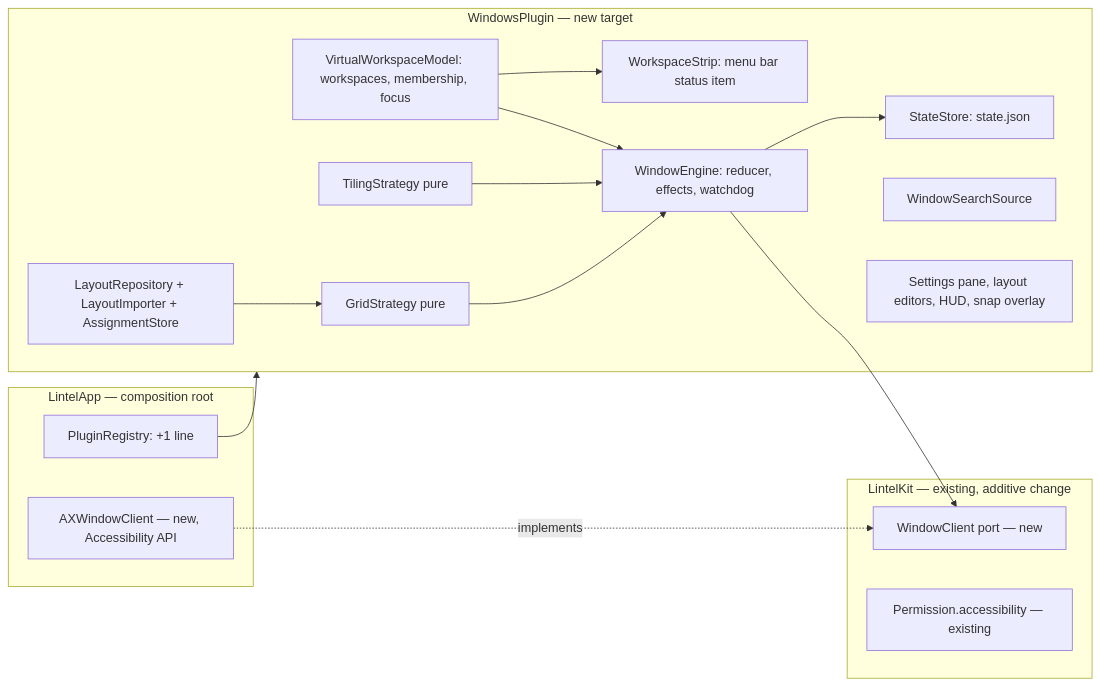
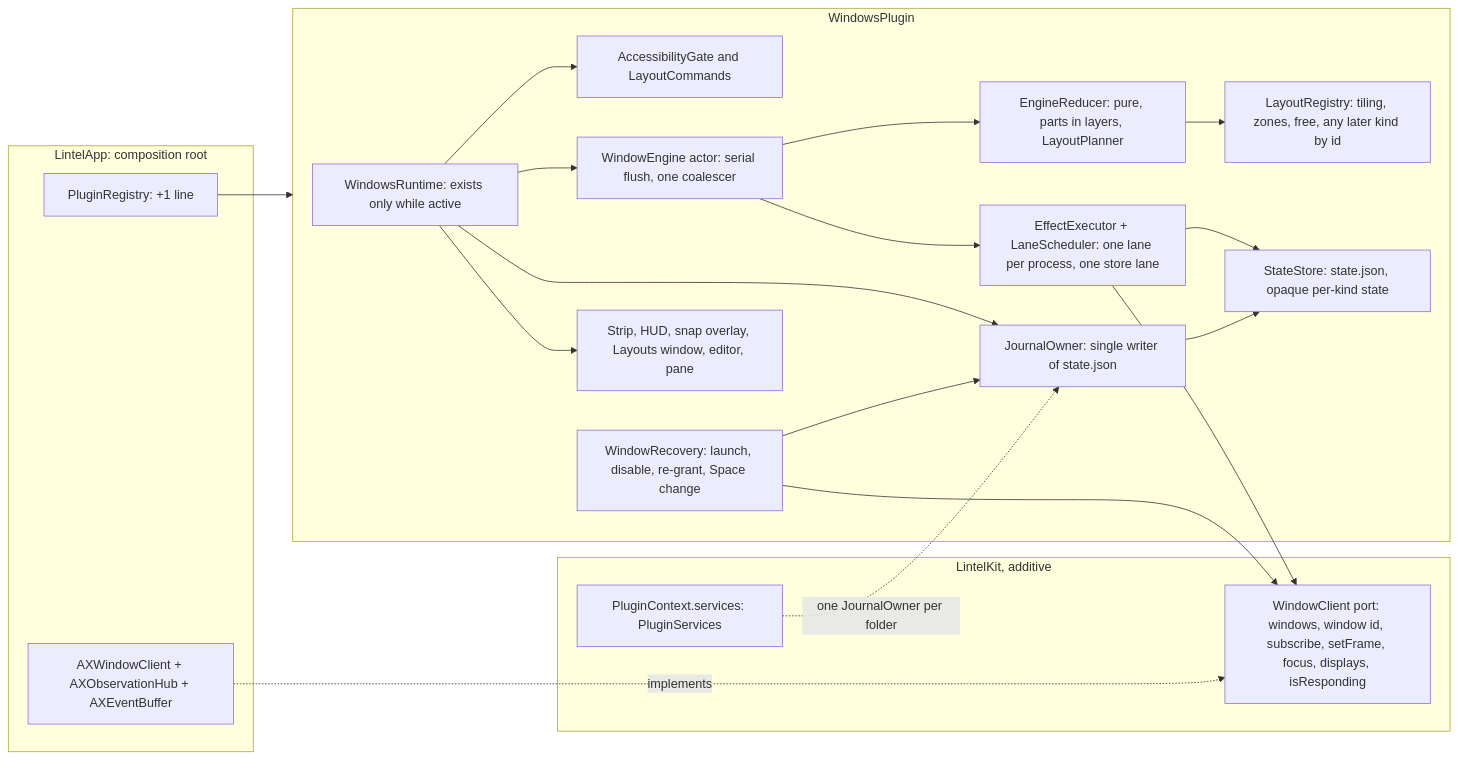
The diagram in .ai/specs/2026-11-09-window-management.md (mjozefiak/Pounce), drawn with Mermaid before and after one commit. The commit also changed other lines of this file, not shown here.

Commit message:
docs(specs): window management rev 6: describe what PR #68 built
Status and TLDR say implemented; the architecture diagram and the strategy, concurrency (lanes), event stream, engine, recovery (JournalOwner), WindowClient, data model (per-kind state under workspaces[n].<kind>) and settings key sections follow the final design. Carry-over fixes: no palette hiding flag, the failed-plugin hint lives in the pane, the editor has no Edit menu entries, the step 4.6 reference is 4.4, pane text names Auto-tile, Zones and Free, and the LintelCore/LintelUI dependency is stated.

````diff
--- a/.ai/specs/2026-11-09-window-management.md
+++ b/.ai/specs/2026-11-09-window-management.md
@@ -77,31 +77,38 @@
 ```mermaid
 flowchart LR
-  subgraph Kit[LintelKit — existing, additive change]
-    WC[WindowClient port — new]
-    PR[Permission.accessibility — existing]
+  subgraph Kit[LintelKit, additive]
+    WC[WindowClient port: windows, window id, subscribe, setFrame, focus, displays, isResponding]
+    SV[PluginContext.services: PluginServices]
   end
-  subgraph Plugin[WindowsPlugin — new target]
-    WS[VirtualWorkspaceModel: workspaces, membership, focus]
-    TL[TilingStrategy pure]
-    GL[GridStrategy pure]
-    LB[LayoutRepository + LayoutImporter + AssignmentStore]
-    SG[WorkspaceStrip: menu bar status item]
-    EN[WindowEngine: reducer, effects, watchdog]
-    ST[StateStore: state.json]
-    SR[WindowSearchSource]
-    UI[Settings pane, layout editors, HUD, snap overlay]
+  subgraph Plugin[WindowsPlugin]
+    RT[WindowsRuntime: exists only while active]
+    GT[AccessibilityGate and LayoutCommands]
+    EN[WindowEngine actor: serial flush, one coalescer]
+    RD[EngineReducer: pure, parts in layers, LayoutPlanner]
+    EX[EffectExecutor + LaneScheduler: one lane per process, one store lane]
+    LR[LayoutRegistry: tiling, zones, free, any later kind by id]
+    JO[JournalOwner: single writer of state.json]
+    ST[StateStore: state.json, opaque per-kind state]
+    RC[WindowRecovery: launch, disable, re-grant, Space change]
+    UI[Strip, HUD, snap overlay, Layouts window, editor, pane]
   end
-  subgraph App[LintelApp — composition root]
-    AX[AXWindowClient — new, Accessibility API]
+  subgraph App[LintelApp: composition root]
+    AX[AXWindowClient + AXObservationHub + AXEventBuffer]
     REG[PluginRegistry: +1 line]
   end
-  WS --> EN
-  TL --> EN
-  GL --> EN
-  LB --> GL
-  WS --> SG
-  EN --> WC
-  EN --> ST
+  RT --> EN
+  RT --> GT
+  RT --> UI
+  EN --> RD
+  RD --> LR
+  EN --> EX
+  EX --> WC
+  EX --> ST
+  JO --> ST
+  RT --> JO
+  RC --> JO
+  RC --> WC
+  SV -. one JournalOwner per folder .-> JO
   AX -. implements .-> WC
   REG --> Plugin
 ```
````
